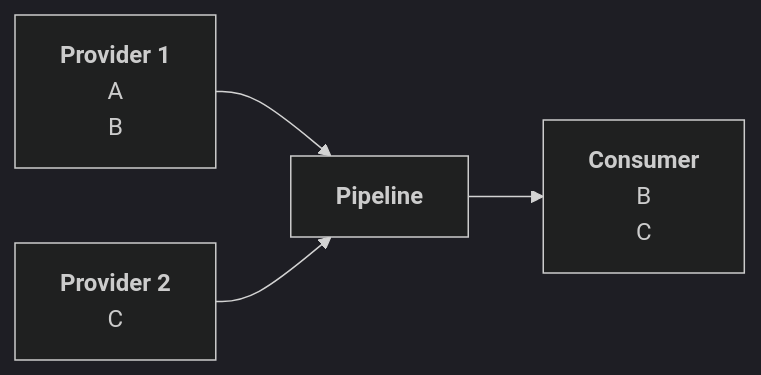
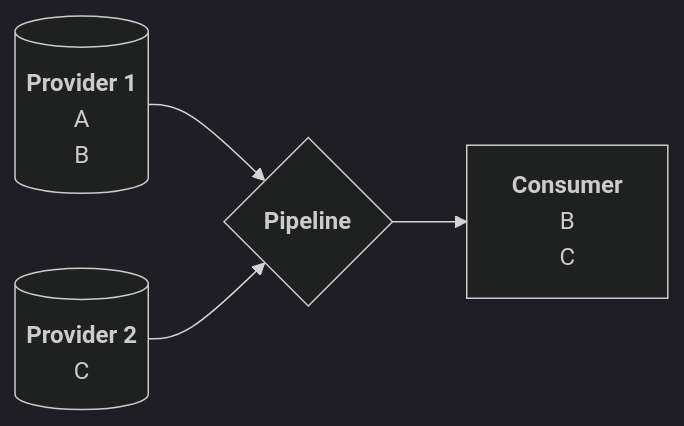
The second of 6 diagrams in docs/admin/pipelines/overview.mdx (VirtualMetric/virtualmetric-docs), drawn with Mermaid (dark theme) before and after one commit. The commit also changed other lines of this file and 3 other files, not shown here.

Commit message:
Edits on graphics

````diff
--- a/docs/admin/pipelines/overview.mdx
+++ b/docs/admin/pipelines/overview.mdx
@@ -39,19 +39,19 @@
 ```mermaid
 %%{init: {"flowchart": {"htmlLabels": false}}}%%
 flowchart LR
-	provider1["`**Provider 1**
+	provider1[("`**Provider 1**
     A
     B
-  `"]
-	provider2["`**Provider 2**
+  `")]
+	provider2[("`**Provider 2**
     C
-  `"]
- 	pipeline["`**Pipeline**`"]
+  `")]
+ 	pipeline{"`**Pipeline**`"}
 	consumer["`**Consumer**
     B
     C
   `"]
 	provider1 --> pipeline;
 	provider2 --> pipeline;
   pipeline --> consumer
 ```
````
